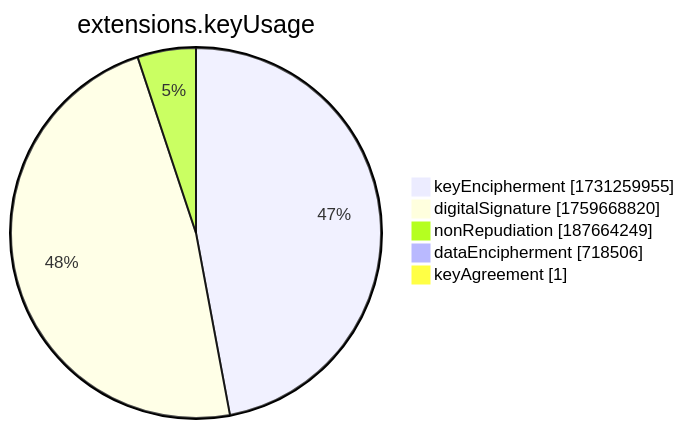
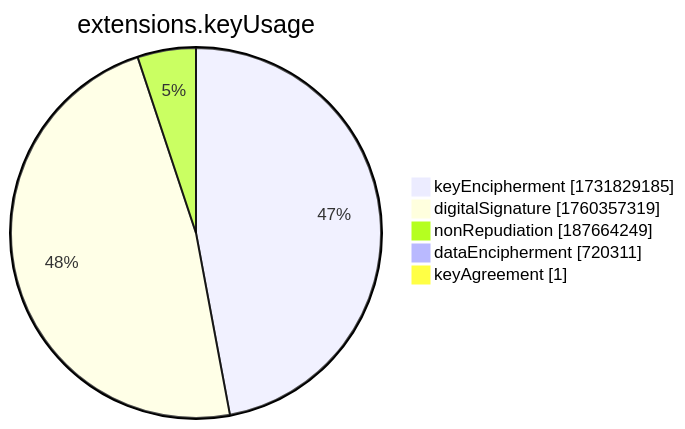
The seventh of 15 diagrams in xenon2022/README.md (christiankrug/ctmonitor_visualization), drawn with Mermaid before and after one commit. The commit also changed other lines of this file, not shown here.

````diff
--- a/xenon2022/README.md
+++ b/xenon2022/README.md
@@ -2859,9 +2859,9 @@
 ```mermaid
 pie showData
 title extensions.keyUsage
-"keyEncipherment" :1731259955
-"digitalSignature" :1759668820
+"keyEncipherment" :1731829185
+"digitalSignature" :1760357319
 "nonRepudiation" :187664249
-"dataEncipherment" :718506
+"dataEncipherment" :720311
 "keyAgreement" :1
 ```
````
